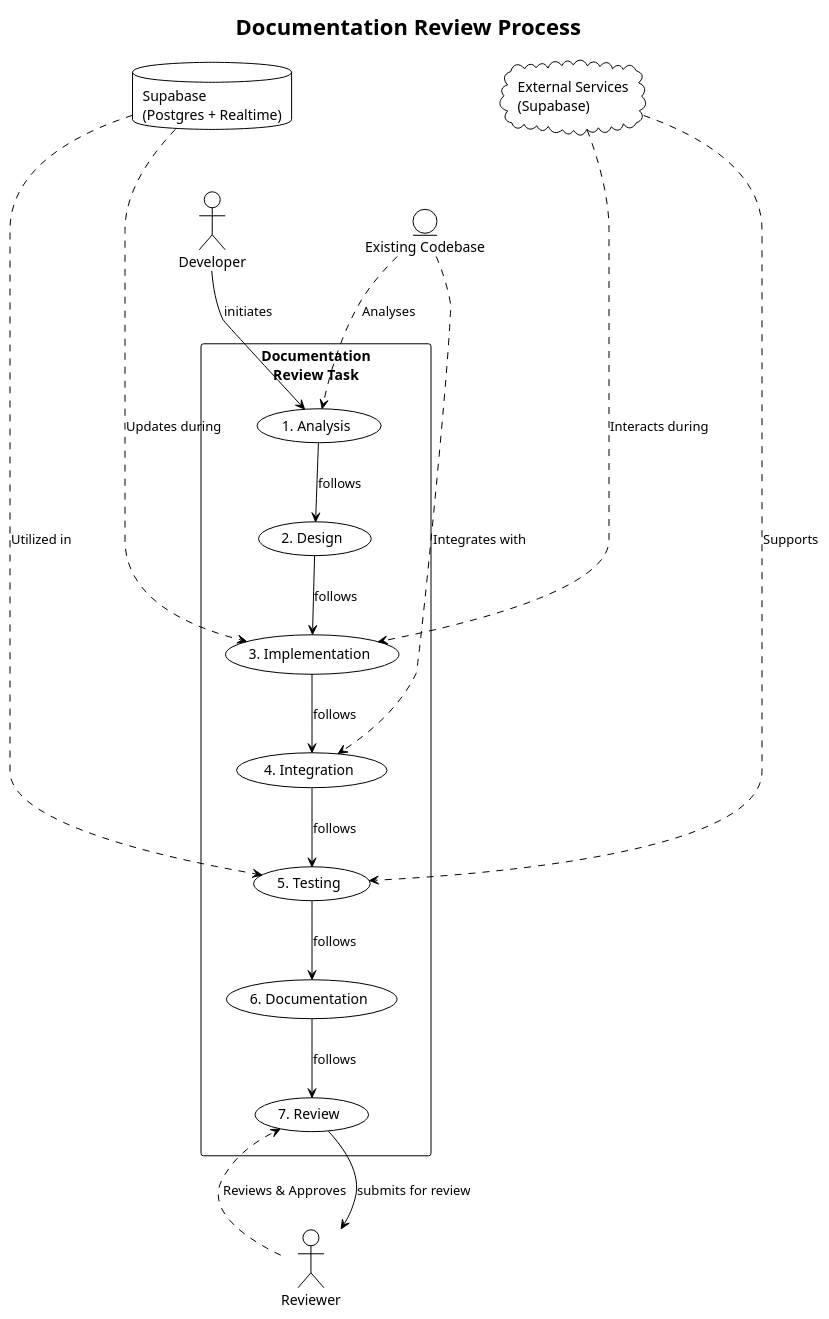
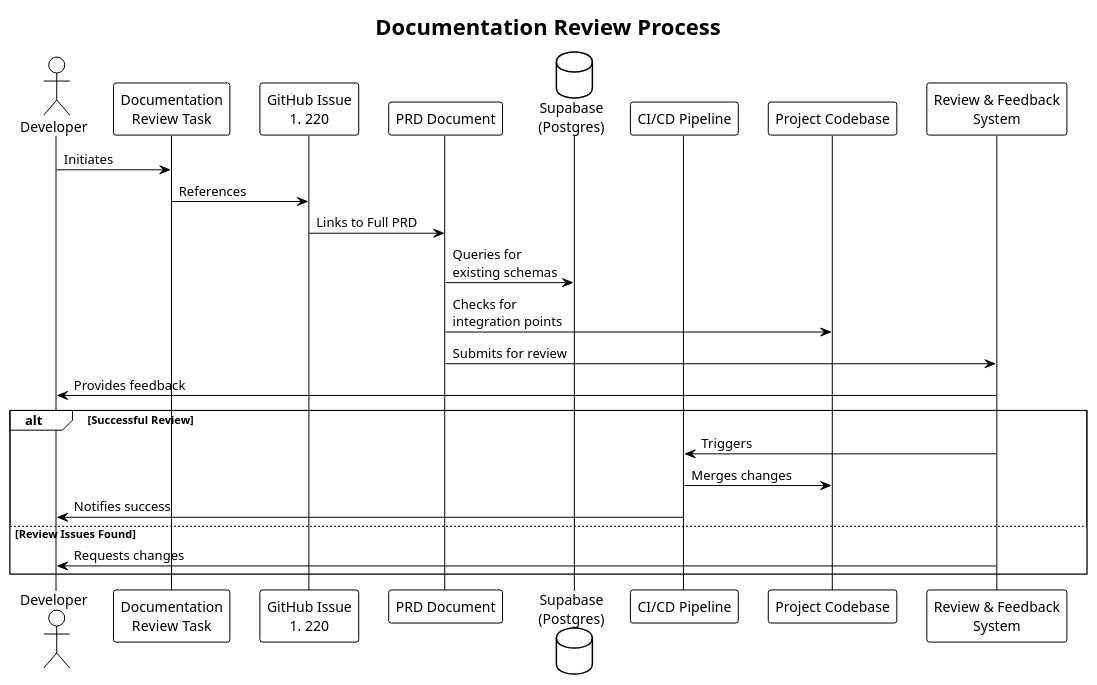
Before and after one commit to profullstack/meshhook: the diagram in docs/PRDs/220-documentation-review.puml, drawn with PlantUML. The commit also changed 65 other files, not shown here.

First line of the commit message:
Enhances workflow editor with connection handling and improves PRD documentation

```diff
--- a/docs/PRDs/220-documentation-review.puml
+++ b/docs/PRDs/220-documentation-review.puml
@@ -1,46 +1,31 @@
 @startuml
 !theme plain
 
 title Documentation Review Process
 
-actor Developer as dev
-actor Reviewer as rev
-database "Supabase\n(Postgres + Realtime)" as db
-entity "Existing Codebase" as codebase
-cloud "External Services\n(Supabase)" as services
-rectangle "Documentation\nReview Task" as task {
-  usecase "1. Analysis" as UC1
-  usecase "2. Design" as UC2
-  usecase "3. Implementation" as UC3
-  usecase "4. Integration" as UC4
-  usecase "5. Testing" as UC5
-  usecase "6. Documentation" as UC6
-  usecase "7. Review" as UC7
-}
+actor Developer
+participant "Documentation\nReview Task" as Task
+participant "GitHub Issue\n#220" as Issue
+participant "PRD Document" as PRD
+database "Supabase\n(Postgres)" as Database
+participant "CI/CD Pipeline" as CICD
+participant "Project Codebase" as Codebase
+participant "Review & Feedback\nSystem" as Review
 
-dev --> UC1 : initiates
-UC1 --> UC2 : follows
-UC2 --> UC3 : follows
-UC3 --> UC4 : follows
-UC4 --> UC5 : follows
-UC5 --> UC6 : follows
-UC6 --> UC7 : follows
-UC7 --> rev : submits for review
+Developer -> Task: Initiates
+Task -> Issue: References
+Issue -> PRD: Links to Full PRD
+PRD -> Database: Queries for\nexisting schemas
+PRD -> Codebase: Checks for\nintegration points
+PRD -> Review: Submits for review
+Review -> Developer: Provides feedback
 
-db -[hidden]d-> codebase
-services -[hidden]d-> codebase
-
-codebase -[hidden]-> task
-db -[hidden]-> task
-services -[hidden]-> task
-
-codebase ..> UC1 : Analyses
-codebase ..> UC4 : Integrates with
-db ..> UC3 : Updates during
-db ..> UC5 : Utilized in
-services ..> UC3 : Interacts during
-services ..> UC5 : Supports
-
-rev ..> UC7 : Reviews & Approves
+alt Successful Review
+    Review -> CICD: Triggers
+    CICD -> Codebase: Merges changes
+    CICD -> Developer: Notifies success
+else Review Issues Found
+    Review -> Developer: Requests changes
+end
 
 @enduml
```
